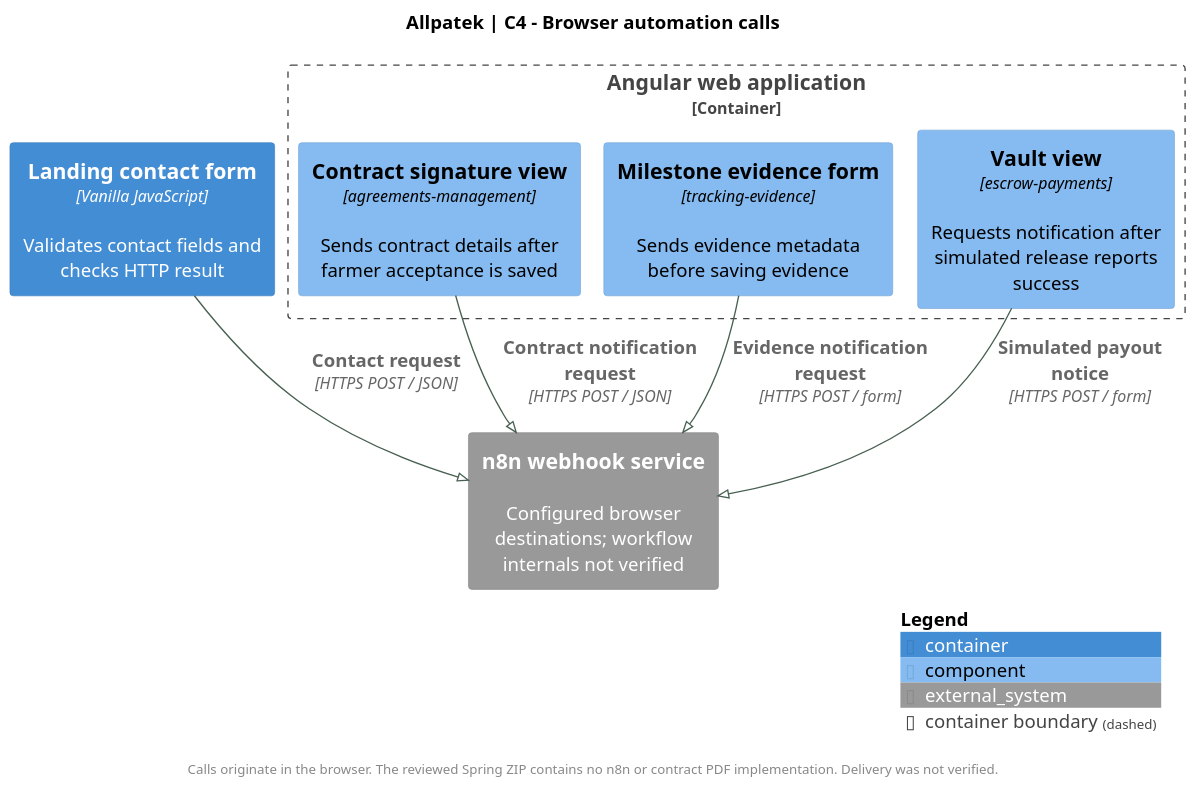
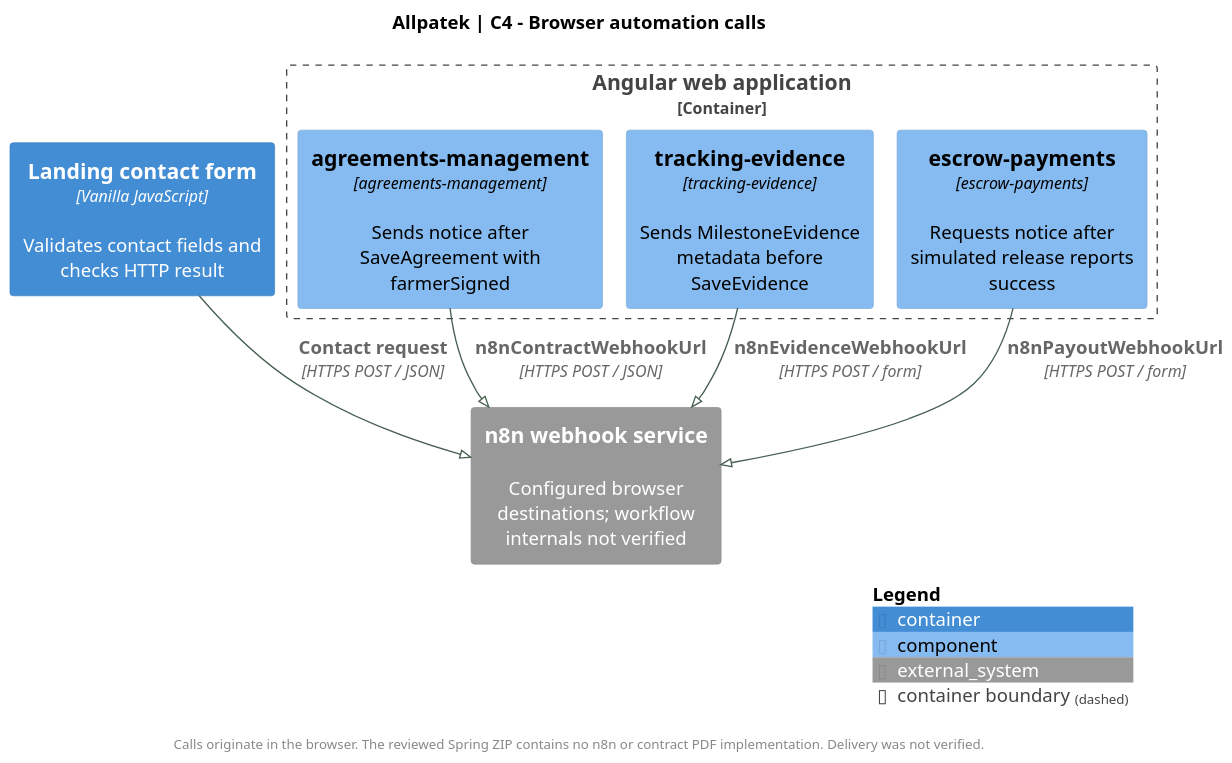
One commit to upc-pre-202620-1asi0729-7753-Terranova/allpatek-report changed the diagram in assets/chapter-04/architecture/07-n8n-components.puml. Above: the diagram before and after it, drawn with PlantUML. The commit also changed 2 other files, not shown here.

Commit message:
docs(architecture): name n8n calls from environment webhook URLs

```diff
--- a/assets/chapter-04/architecture/07-n8n-components.puml
+++ b/assets/chapter-04/architecture/07-n8n-components.puml
@@ -1,29 +1,29 @@
 @startuml
 !pragma layout smetana
 !include <C4/C4_Component>
 skinparam backgroundColor white
 skinparam defaultFontName SansSerif
 skinparam defaultFontSize 14
 skinparam shadowing false
 skinparam ArrowColor #476050
 skinparam dpi 140
 title Allpatek | C4 - Browser automation calls
 
 LAYOUT_TOP_DOWN()
 Container(landing, "Landing contact form", "Vanilla JavaScript", "Validates contact fields and checks HTTP result")
 Container_Boundary(web, "Angular web application") {
-  Component(contract, "Contract signature view", "agreements-management", "Sends contract details after farmer acceptance is saved")
-  Component(evidence, "Milestone evidence form", "tracking-evidence", "Sends evidence metadata before saving evidence")
-  Component(payout, "Vault view", "escrow-payments", "Requests notification after simulated release reports success")
+  Component(contract, "agreements-management", "agreements-management", "Sends notice after SaveAgreement with farmerSigned")
+  Component(evidence, "tracking-evidence", "tracking-evidence", "Sends MilestoneEvidence metadata before SaveEvidence")
+  Component(payout, "escrow-payments", "escrow-payments", "Requests notice after simulated release reports success")
 }
 
 System_Ext(automation, "n8n webhook service", "Configured browser destinations; workflow internals not verified")
 
 Rel(landing, automation, "Contact request", "HTTPS POST / JSON")
-Rel(contract, automation, "Contract notification request", "HTTPS POST / JSON")
-Rel(evidence, automation, "Evidence notification request", "HTTPS POST / form")
-Rel(payout, automation, "Simulated payout notice", "HTTPS POST / form")
+Rel(contract, automation, "n8nContractWebhookUrl", "HTTPS POST / JSON")
+Rel(evidence, automation, "n8nEvidenceWebhookUrl", "HTTPS POST / form")
+Rel(payout, automation, "n8nPayoutWebhookUrl", "HTTPS POST / form")
 
 footer Calls originate in the browser. The reviewed Spring ZIP contains no n8n or contract PDF implementation. Delivery was not verified.
 SHOW_LEGEND()
 @enduml
```
